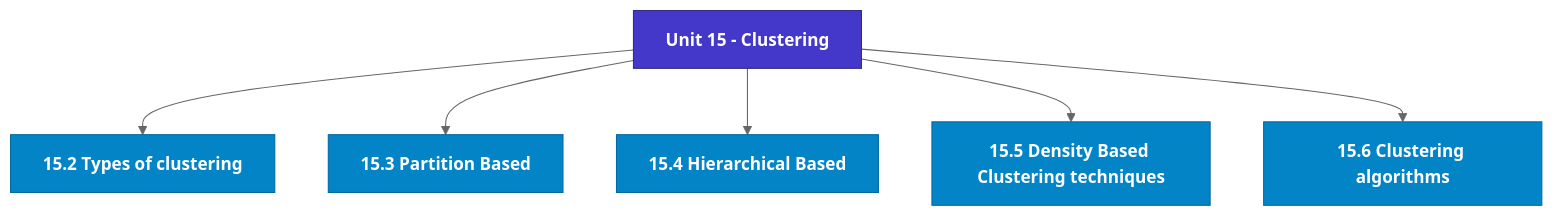
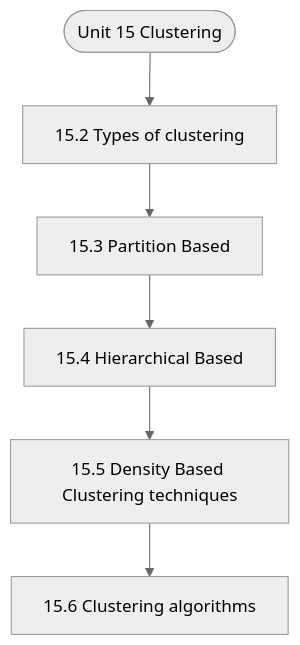
Before and after one commit to Asutosh-Coaching/mscdsa: the diagram in notes/Semester_2/MCS-224_Artificial_Intelligence_&_Machine_Learning/unit_15_Clustering.md, drawn with Mermaid (neutral theme). The commit also changed other lines of this file and 115 other files, not shown here.

Commit message:
Fix Mermaid layout for mobile, isolate LaTeX delimiters, and add GitHub Pages reader

````diff
--- a/notes/Semester_2/MCS-224_Artificial_Intelligence_&_Machine_Learning/unit_15_Clustering.md
+++ b/notes/Semester_2/MCS-224_Artificial_Intelligence_&_Machine_Learning/unit_15_Clustering.md
@@ -19,19 +19,14 @@
 ```mermaid
 flowchart TD
-  %% Styling Definitions
-  classDef head fill:#4338ca,stroke:#312e81,color:#ffffff,font-weight:bold;
-  classDef topic fill:#0284c7,stroke:#0369a1,color:#ffffff,font-weight:600;
-  classDef sub fill:#1e293b,stroke:#475569,color:#f8fafc;
-
-  Root["Unit 15 - Clustering"]:::head
-  M1["15.2 Types of clustering"]:::topic
-  Root --> M1
-  M2["15.3 Partition Based"]:::topic
-  Root --> M2
-  M3["15.4 Hierarchical Based"]:::topic
-  Root --> M3
-  M4["15.5 Density Based Clustering techniques"]:::topic
-  Root --> M4
-  M5["15.6 Clustering algorithms"]:::topic
-  Root --> M5
+  Start(["Unit 15 Clustering"])
+  N1["15.2 Types of clustering"]
+  N2["15.3 Partition Based"]
+  N3["15.4 Hierarchical Based"]
+  N4["15.5 Density Based Clustering techniques"]
+  N5["15.6 Clustering algorithms"]
+  Start --> N1
+  N1 --> N2
+  N2 --> N3
+  N3 --> N4
+  N4 --> N5
 ```
````
